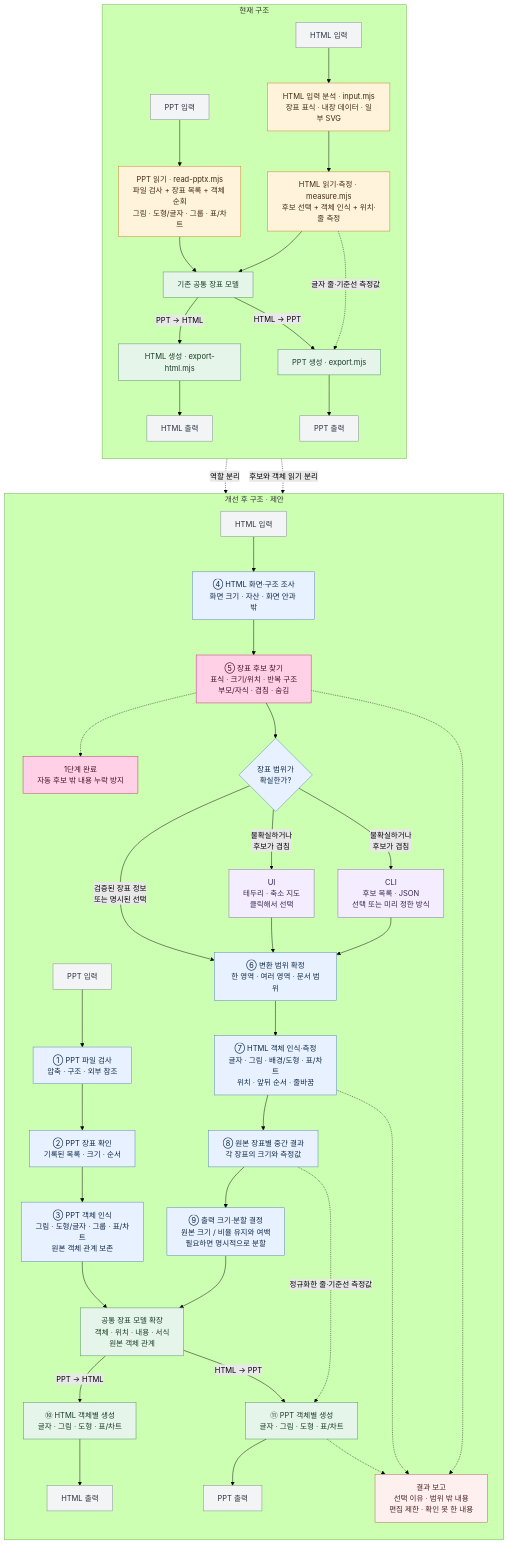
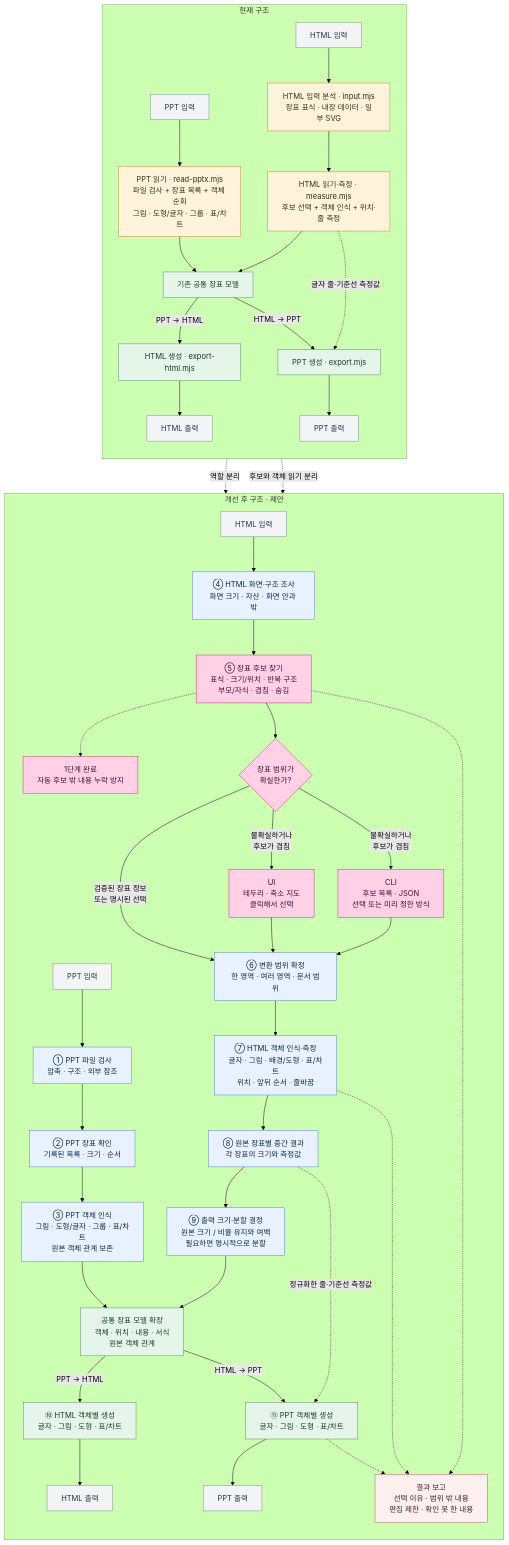
Before and after one commit to Kyuhan1230/ppt-again: the diagram in docs/architecture/refactor-progress.md, drawn with Mermaid (forest theme). The commit also changed other lines of this file and 18 other files, not shown here.

````diff
--- a/docs/architecture/refactor-progress.md
+++ b/docs/architecture/refactor-progress.md
@@ -5,62 +5,61 @@
 ```mermaid
 flowchart TB
   subgraph CURRENT["현재 구조"]
     direction TB
     CP["PPT 입력"] --> CPR["PPT 읽기 · read-pptx.mjs<br/>파일 검사 + 장표 목록 + 객체 순회<br/>그림 · 도형/글자 · 그룹 · 표/차트"]
     CH["HTML 입력"] --> CHI["HTML 입력 분석 · input.mjs<br/>장표 표식 · 내장 데이터 · 일부 SVG"]
     CHI --> CHM["HTML 읽기·측정 · measure.mjs<br/>후보 선택 + 객체 인식 + 위치·줄 측정"]
     CPR --> CM["기존 공통 장표 모델"]
     CHM --> CM
     CM -->|"PPT → HTML"| CHW["HTML 생성 · export-html.mjs"]
     CHW --> CHO["HTML 출력"]
     CM -->|"HTML → PPT"| CPW["PPT 생성 · export.mjs"]
     CHM -.->|"글자 줄·기준선 측정값"| CPW
     CPW --> CPO["PPT 출력"]
   end
 
   subgraph PROPOSED["개선 후 구조 · 제안"]
     direction TB
     NP["PPT 입력"] --> NPC["① PPT 파일 검사<br/>압축 · 구조 · 외부 참조"]
     NPC --> NPS["② PPT 장표 확인<br/>기록된 목록 · 크기 · 순서"]
     NPS --> NPO["③ PPT 객체 인식<br/>그림 · 도형/글자 · 그룹 · 표/차트<br/>원본 객체 관계 보존"]
     NH["HTML 입력"] --> NHR["④ HTML 화면·구조 조사<br/>화면 크기 · 자산 · 화면 안과 밖"]
     NHR --> NHC["⑤ 장표 후보 찾기<br/>표식 · 크기/위치 · 반복 구조<br/>부모/자식 · 겹침 · 숨김"]
     NHC -.-> ST1["1단계 완료<br/>자동 후보 밖 내용 누락 방지"]
     NHC --> ND{"장표 범위가<br/>확실한가?"}
     ND -->|"검증된 장표 정보<br/>또는 명시된 선택"| NS["⑥ 변환 범위 확정<br/>한 영역 · 여러 영역 · 문서 범위"]
     ND -->|"불확실하거나<br/>후보가 겹침"| NUI["UI<br/>테두리 · 축소 지도<br/>클릭해서 선택"]
     ND -->|"불확실하거나<br/>후보가 겹침"| NCLI["CLI<br/>후보 목록 · JSON<br/>선택 또는 미리 정한 방식"]
     NUI --> NS
     NCLI --> NS
     NS --> NHO["⑦ HTML 객체 인식·측정<br/>글자 · 그림 · 배경/도형 · 표/차트<br/>위치 · 앞뒤 순서 · 줄바꿈"]
     NHO --> NI["⑧ 원본 장표별 중간 결과<br/>각 장표의 크기와 측정값"]
     NI --> NFIT["⑨ 출력 크기·분할 결정<br/>원본 크기 / 비율 유지와 여백<br/>필요하면 명시적으로 분할"]
     NFIT --> NM["공통 장표 모델 확장<br/>객체 · 위치 · 내용 · 서식<br/>원본 객체 관계"]
     NPO --> NM
     NM -->|"PPT → HTML"| NHW["⑩ HTML 객체별 생성<br/>글자 · 그림 · 도형 · 표/차트"]
     NHW --> NHOOUT["HTML 출력"]
     NM -->|"HTML → PPT"| NPW["⑪ PPT 객체별 생성<br/>글자 · 그림 · 도형 · 표/차트"]
     NI -.->|"정규화한 줄·기준선 측정값"| NPW
     NPW --> NPOUT["PPT 출력"]
     NHC -.-> REPORT["결과 보고<br/>선택 이유 · 범위 밖 내용<br/>편집 제한 · 확인 못 한 내용"]
     NHO -.-> REPORT
     NPW -.-> REPORT
   end
 
   CPR -.->|"역할 분리"| NPC
   CHM -.->|"후보와 객체 읽기 분리"| NHR
   classDef input fill:#f3f4f6,stroke:#7d8790,color:#283142
   classDef current fill:#fff3db,stroke:#c18124,color:#3f2b12
   classDef proposed fill:#e8f1ff,stroke:#557fb3,color:#102a48
   classDef common fill:#e6f5e9,stroke:#4e8b66,color:#183c27
   classDef choice fill:#f4edff,stroke:#8767ad,color:#36254b
   classDef report fill:#fff0f0,stroke:#b35b5b,color:#4a2020
   classDef done fill:#ffd0e6,stroke:#c42e78,color:#46102b
   class CP,CH,CHO,CPO,NP,NH,NHOOUT,NPOUT input
   class CPR,CHI,CHM current
-  class NPC,NPS,NPO,NHR,ND,NS,NHO,NI,NFIT proposed
-  class NUI,NCLI choice
+  class NPC,NPS,NPO,NHR,NS,NHO,NI,NFIT proposed
   class CM,CHW,CPW,NM,NHW,NPW common
   class REPORT report
-  class ST1,NHC done
+  class ST1,NHC,ND,NUI,NCLI done
 ```
````
